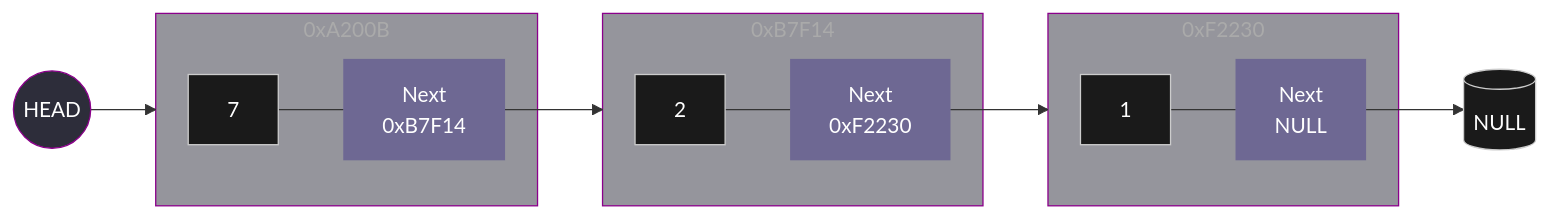
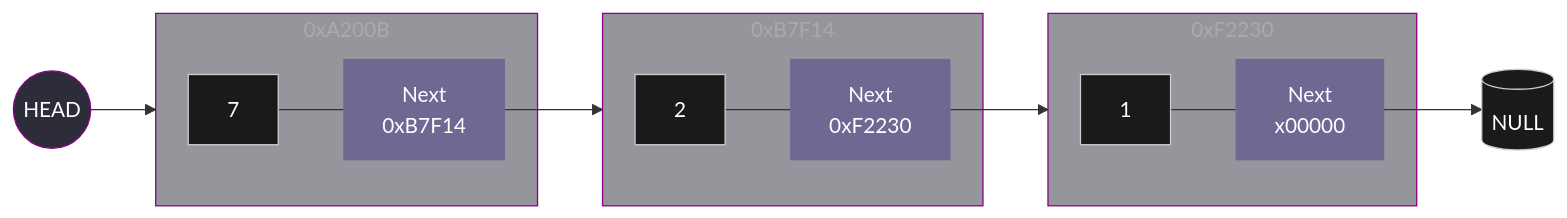
The diagram in theory/LinkedList.md (ecrz00/dsa-theory), drawn with Mermaid before and after one commit. The commit also changed other lines of this file, not shown here.

````diff
--- a/theory/LinkedList.md
+++ b/theory/LinkedList.md
@@ -26,41 +26,41 @@
 ```mermaid
 graph LR
     %% Referencia al inicio
     H((HEAD)) --> Node1
 
     %% Nodo 1
     subgraph Node1 [0xA200B]
         d1[7] --- p1["Next <br> 0xB7F14"]
     end
     
     %% Nodo 2
     subgraph Node2 [0xB7F14]
         d2[2] --- p2["Next <br> 0xF2230"]
     end
 
     %% Nodo 3
     subgraph Node3 [0xF2230]
-        d3[1] --- p3["Next <br> NULL"]
+        d3[1] --- p3["Next <br> x00000"]
     end
 
     %% Conexiones
     p1 --> Node2
     p2 --> Node3
     p3 --> NULL[(NULL)]
 
     %% Estilos: Lila traslúcido oscuro
     style Node1 fill:#2d2d3a80,stroke:#8B008B,color:#aaa
     style Node2 fill:#2d2d3a80,stroke:#8B008B,color:#aaa
     style Node3 fill:#2d2d3a80,stroke:#8B008B,color:#aaa
     
     style d1 fill:#1a1a1a,stroke:#ccc,color:#fff
     style d2 fill:#1a1a1a,stroke:#ccc,color:#fff
     style d3 fill:#1a1a1a,stroke:#ccc,color:#fff
     
     style p1 fill:#483D8B80,stroke:none,color:#fff
     style p2 fill:#483D8B80,stroke:none,color:#fff
     style p3 fill:#483D8B80,stroke:none,color:#fff
     
     style H fill:#2d2d3a,stroke:#8B008B,color:#fff
     style NULL fill:#1a1a1a,stroke:#ccc,color:#fff
 ```
````
